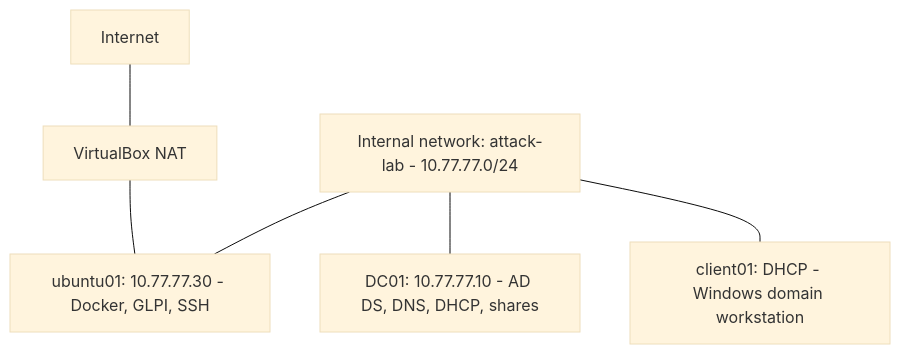
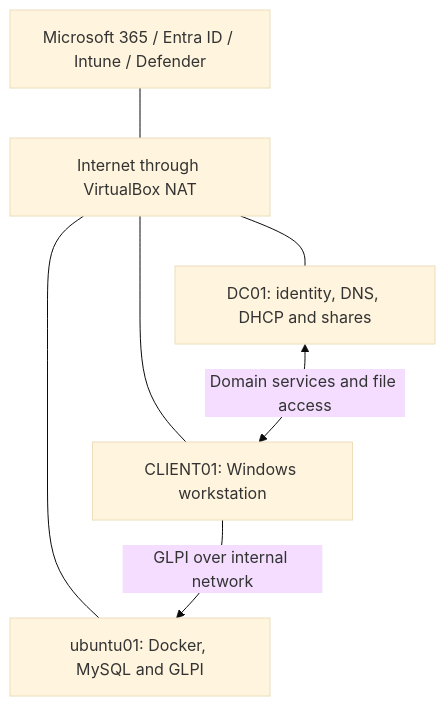
Before and after one commit to AnakinCodeWriter/it-support-homelab: the diagram in README.md, drawn with Mermaid (base theme). The commit also changed other lines of this file, not shown here.

````diff
--- a/README.md
+++ b/README.md
@@ -15,9 +26,14 @@
 ```mermaid
 flowchart TD
-    Internet["Internet"] --- NAT["VirtualBox NAT"]
-    NAT --- Ubuntu["ubuntu01: 10.77.77.30 - Docker, GLPI, SSH"]
-    Lab["Internal network: attack-lab - 10.77.77.0/24"]
-    Lab --- Ubuntu
-    Lab --- DC["DC01: 10.77.77.10 - AD DS, DNS, DHCP, shares"]
-    Lab --- Client["client01: DHCP - Windows domain workstation"]
+    Cloud["Microsoft 365 / Entra ID / Intune / Defender"]
+    Internet["Internet through VirtualBox NAT"]
+    DC["DC01: identity, DNS, DHCP and shares"]
+    Client["CLIENT01: Windows workstation"]
+    Ubuntu["ubuntu01: Docker, MySQL and GLPI"]
+    Cloud --- Internet
+    Internet --- DC
+    Internet --- Client
+    Internet --- Ubuntu
+    DC <-->|"Domain services and file access"| Client
+    Client -->|"GLPI over internal network"| Ubuntu
 ```
````
